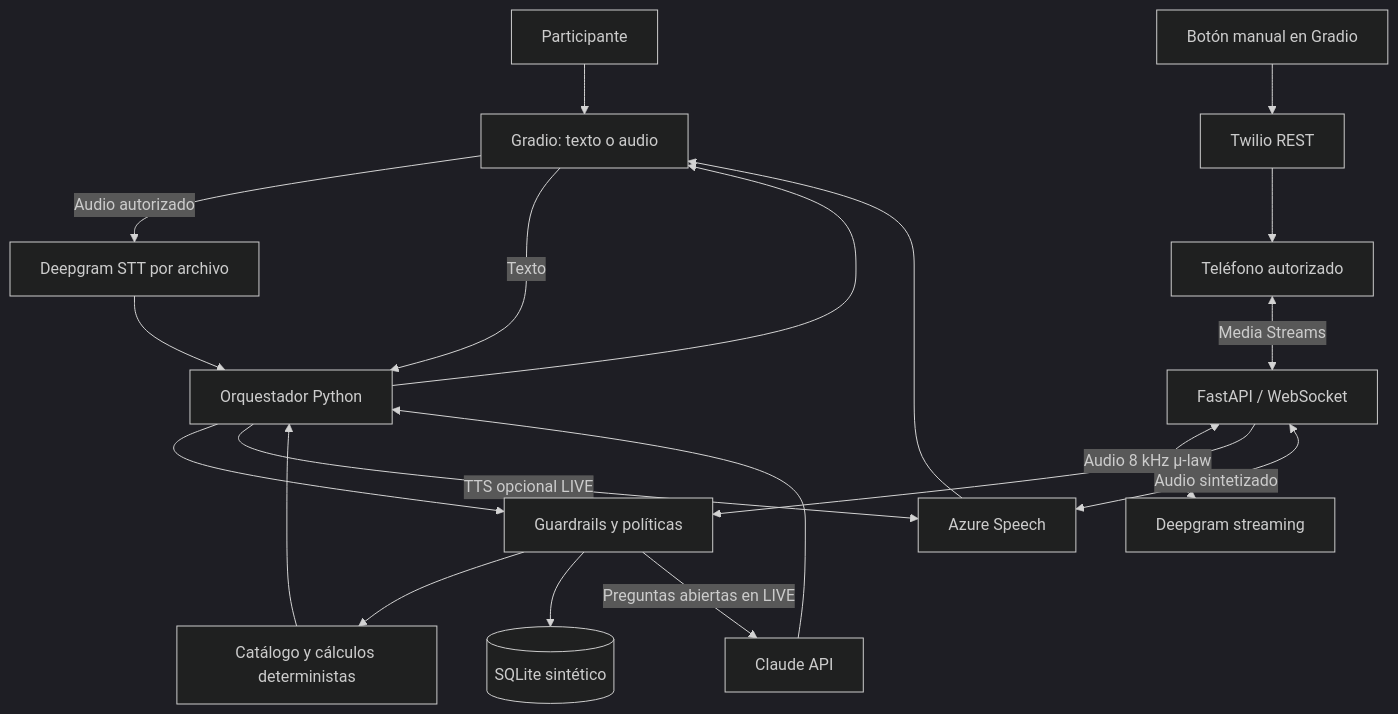
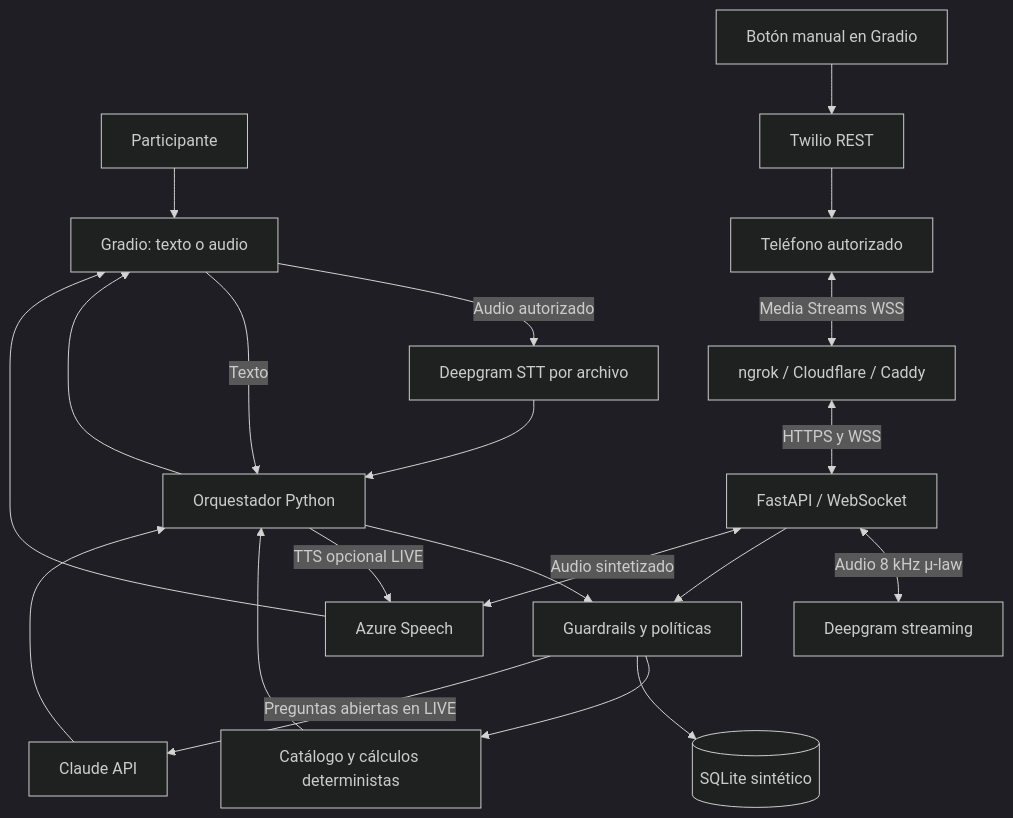
One commit to Mandroide/vantra-ai changed the diagram in docs/architecture.md. Above: the diagram before and after it, drawn with Mermaid (dark theme). The commit also changed other lines of this file and 30 other files, not shown here.

````diff
--- a/docs/architecture.md
+++ b/docs/architecture.md
@@ -7,23 +7,24 @@
 ```mermaid
 flowchart TD
   U[Participante] --> G[Gradio: texto o audio]
   G -->|Audio autorizado| DG[Deepgram STT por archivo]
   DG --> A[Orquestador Python]
   G -->|Texto| A
   A --> S[Guardrails y políticas]
   S --> F[Catálogo y cálculos deterministas]
   S --> DB[(SQLite sintético)]
   S -->|Preguntas abiertas en LIVE| L[Claude API]
   F --> A
   L --> A
   A --> G
   A -->|TTS opcional LIVE| AZ[Azure Speech]
   AZ --> G
 
   GR[Botón manual en Gradio] --> T[Twilio REST]
   T --> PSTN[Teléfono autorizado]
-  PSTN <-->|Media Streams| WS[FastAPI / WebSocket]
+  PSTN <-->|Media Streams WSS| PROXY[ngrok / Cloudflare / Caddy]
+  PROXY <-->|HTTPS y WSS| WS[FastAPI / WebSocket]
   WS <-->|Audio 8 kHz μ-law| DGS[Deepgram streaming]
   WS --> S
   WS <-->|Audio sintetizado| AZ
 ```
````
